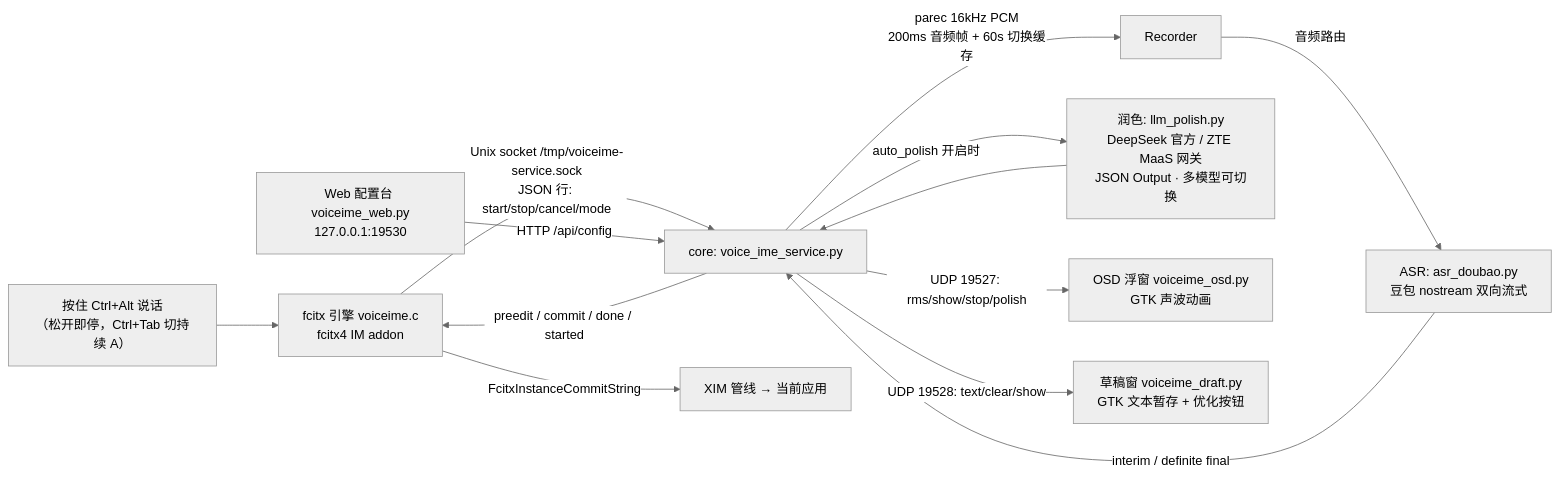
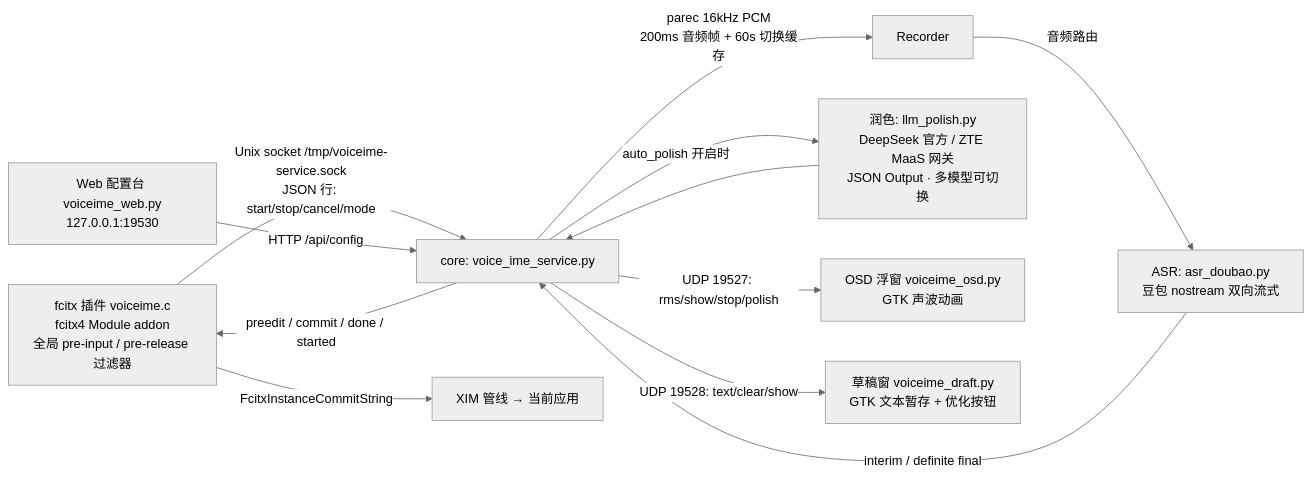
Before and after one commit to lzyyzznl/voice-ime: the diagram in README.md, drawn with Mermaid (neutral theme). The commit also changed other lines of this file and 5 other files, not shown here.

First line of the commit message:
引擎：IM 改为 Module addon，拼音输入法与 Ctrl+Alt 语音并存

````diff
--- a/README.md
+++ b/README.md
@@ -10,15 +12,14 @@
 ```mermaid
 flowchart LR
-    U[按住 Ctrl+Alt 说话<br/>（松开即停，Ctrl+Tab 切持续 A）] --> E[fcitx 引擎 voiceime.c<br/>fcitx4 IM addon]
-    E -->|"Unix socket /tmp/voiceime-service.sock<br/>JSON 行: start/stop/cancel/mode"| S[core: voice_ime_service.py]
+    E[fcitx 插件 voiceime.c<br/>fcitx4 Module addon<br/>全局 pre-input / pre-release 过滤器] -->|"Unix socket /tmp/voiceime-service.sock<br/>JSON 行: start/stop/cancel/mode"| S[core: voice_ime_service.py]
     S -->|"parec 16kHz PCM<br/>200ms 音频帧 + 60s 切换缓存"| R[Recorder]
     R -->|"音频路由"| A[ASR: asr_doubao.py<br/>豆包 nostream 双向流式]
     A -->|"interim / definite final"| S
     S -->|"auto_polish 开启时"| L[润色: llm_polish.py<br/>DeepSeek 官方 / ZTE MaaS 网关<br/>JSON Output · 多模型可切换]
     L --> S
     S -->|"preedit / commit / done / started"| E
     S -->|"UDP 19527: rms/show/stop/polish"| O[OSD 浮窗 voiceime_osd.py<br/>GTK 声波动画]
     S -->|"UDP 19528: text/clear/show"| D[草稿窗 voiceime_draft.py<br/>GTK 文本暂存 + 优化按钮]
     W[Web 配置台 voiceime_web.py<br/>127.0.0.1:19530] -->|"HTTP /api/config"| S
     E -->|"FcitxInstanceCommitString"| X[XIM 管线 → 当前应用]
 ```
````
